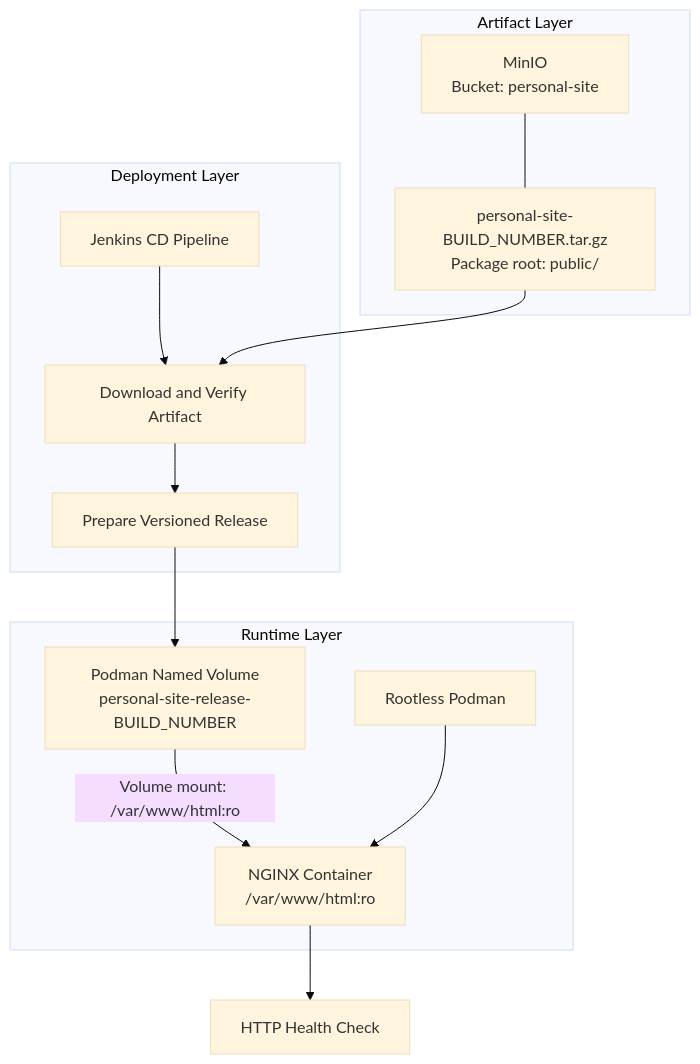
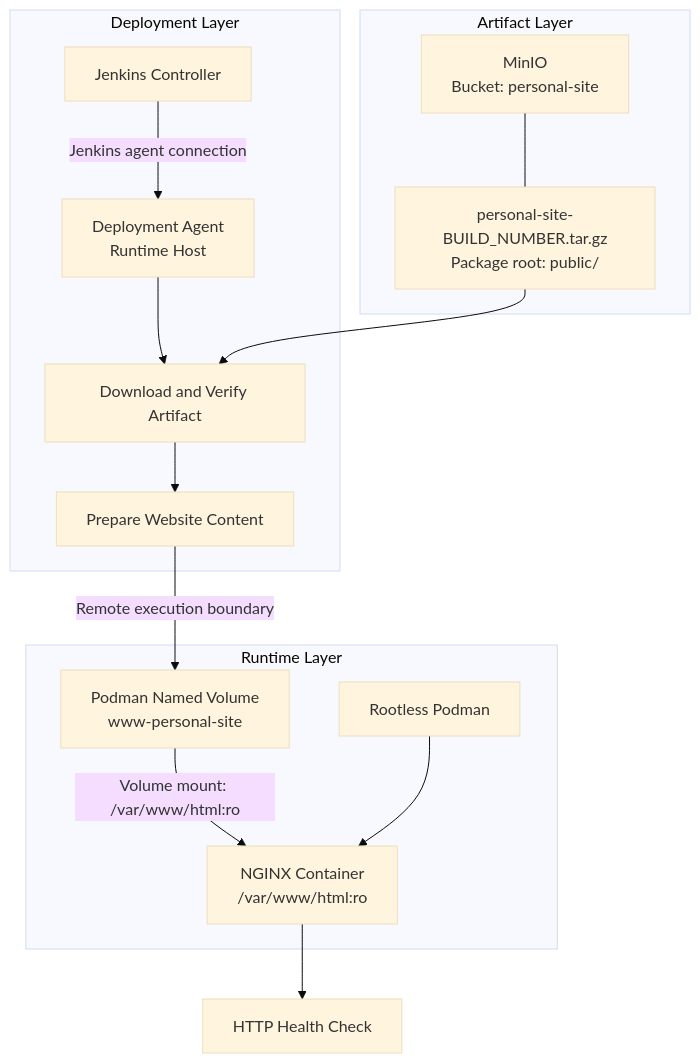
One commit to edkas07-oss/devops-handbook changed the first of 2 diagrams in docs/web-platform/personal-site/engineering-journal/continuous-deployment/TN-001-design-continuous-deployment-pipeline.md. Above: the diagram before and after it, drawn with Mermaid (base theme). The commit also changed other lines of this file and 80 other files, not shown here.

````diff
--- a/docs/web-platform/personal-site/engineering-journal/continuous-deployment/TN-001-design-continuous-deployment-pipeline.md
+++ b/docs/web-platform/personal-site/engineering-journal/continuous-deployment/TN-001-design-continuous-deployment-pipeline.md
@@ -95,27 +140,29 @@
 ```mermaid
 flowchart TB
     subgraph ArtifactLayer["Artifact Layer"]
         MinIO["MinIO<br/>Bucket: personal-site"]
         Artifact["personal-site-BUILD_NUMBER.tar.gz<br/>Package root: public/"]
         MinIO --- Artifact
     end
 
     subgraph DeploymentLayer["Deployment Layer"]
-        Jenkins["Jenkins CD Pipeline"]
+        Jenkins["Jenkins Controller"]
+        Agent["Deployment Agent<br/>Runtime Host"]
         Download["Download and Verify Artifact"]
-        Prepare["Prepare Versioned Release"]
-        Jenkins --> Download --> Prepare
+        Prepare["Prepare Website Content"]
+        Jenkins -->|Jenkins agent connection| Agent
+        Agent --> Download --> Prepare
     end
 
     subgraph RuntimeLayer["Runtime Layer"]
-        Release["Podman Named Volume<br/>personal-site-release-BUILD_NUMBER"]
+        Release["Podman Named Volume<br/>www-personal-site"]
         Podman["Rootless Podman"]
         NGINX["NGINX Container<br/>/var/www/html:ro"]
         Release -->|Volume mount: /var/www/html:ro| NGINX
         Podman --> NGINX
     end
 
     Artifact --> Download
-    Prepare --> Release
+    Prepare -->|Remote execution boundary| Release
     NGINX --> Health["HTTP Health Check"]
 ```
````
